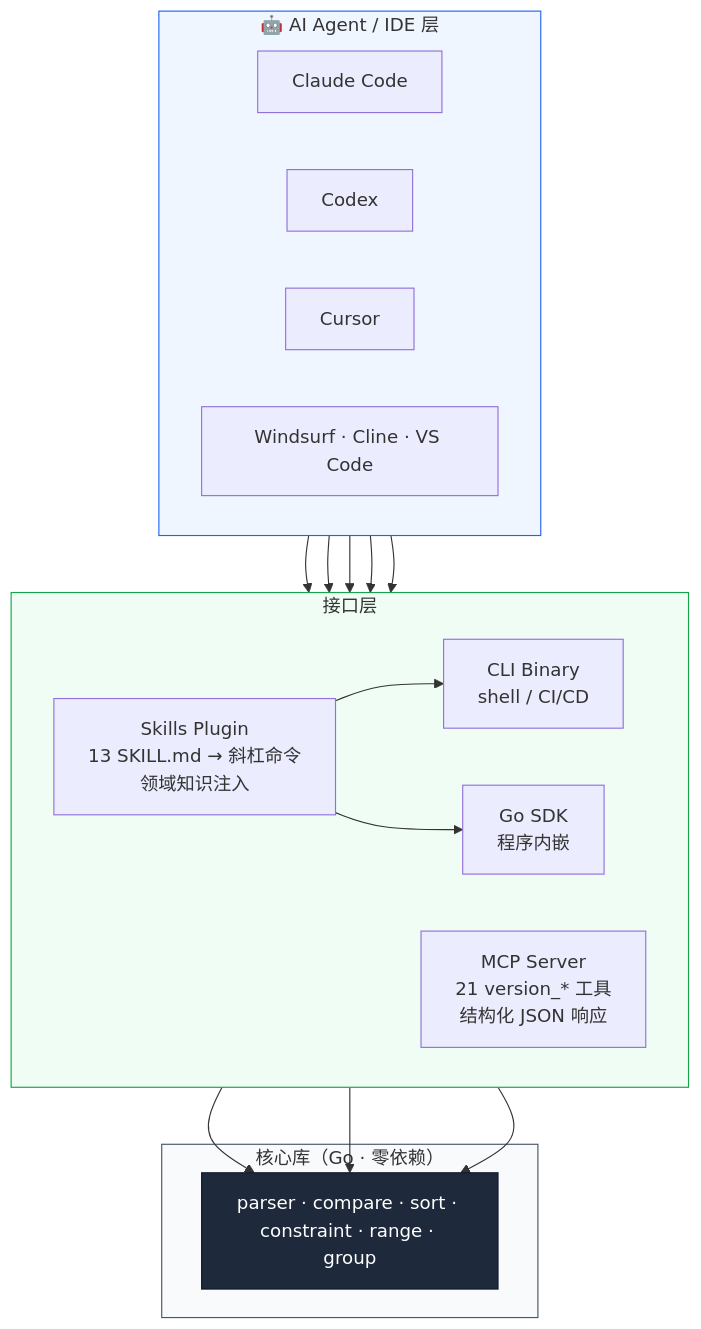
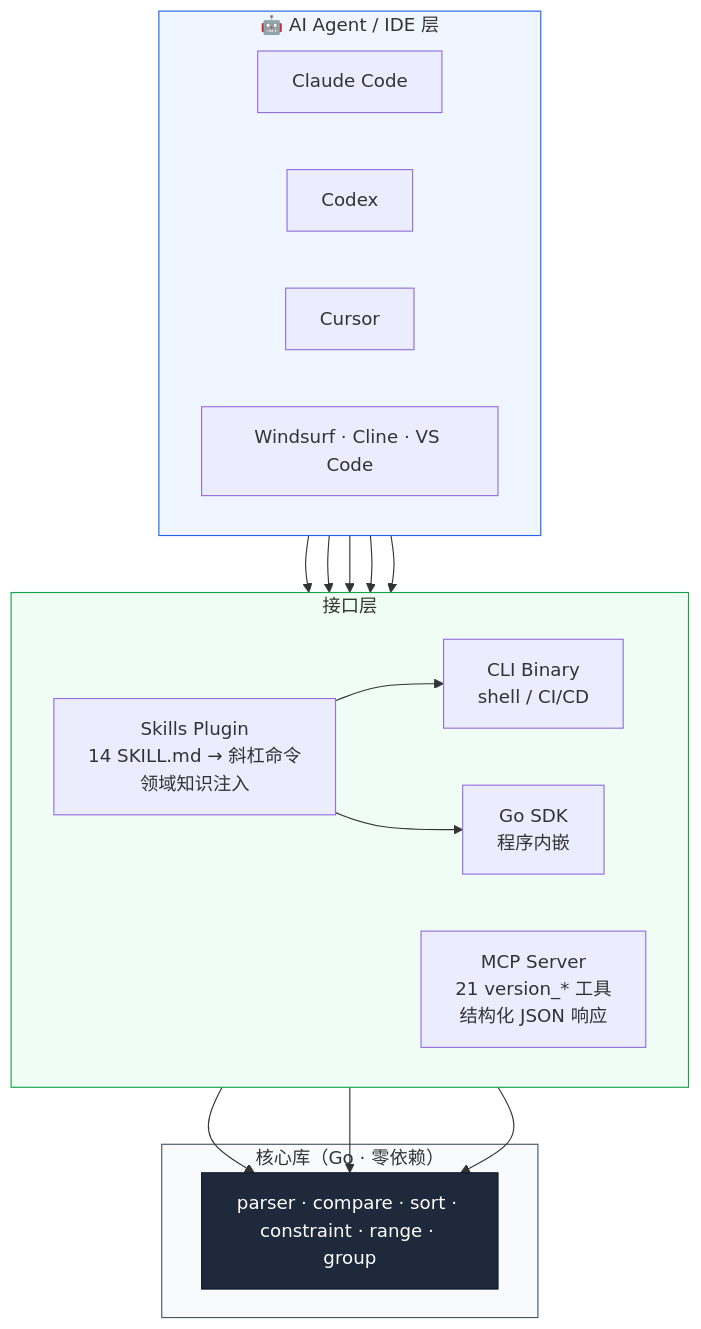
One commit to scagogogo/versions-skills changed the first of 3 diagrams in website/how-it-works.md. Above: the diagram before and after it, drawn with Mermaid. The commit also changed other lines of this file and 7 other files, not shown here.

```diff
--- a/website/how-it-works.md
+++ b/website/how-it-works.md
@@ -7,34 +7,34 @@
 :::mermaid
 flowchart TB
   subgraph L1["🤖 AI Agent / IDE 层"]
     direction LR
     CC["Claude Code"]
     CX["Codex"]
     CUR["Cursor"]
     WS["Windsurf · Cline · VS Code"]
   end
   subgraph L2["接口层"]
     direction LR
-    SK["Skills Plugin<br/>13 SKILL.md → 斜杠命令<br/>领域知识注入"]
+    SK["Skills Plugin<br/>14 SKILL.md → 斜杠命令<br/>领域知识注入"]
     MCP["MCP Server<br/>21 version_* 工具<br/>结构化 JSON 响应"]
     CLI["CLI Binary<br/>shell / CI/CD"]
     SDK["Go SDK<br/>程序内嵌"]
   end
   subgraph L3["核心库（Go · 零依赖）"]
     CORE["parser · compare · sort · constraint · range · group"]
   end
   CC --> SK
   CC --> MCP
   CX --> MCP
   CUR --> MCP
   WS --> MCP
   SK --> CLI
   SK --> SDK
   MCP --> CORE
   CLI --> CORE
   SDK --> CORE
   style L1 fill:#eff6ff,stroke:#2563eb
   style L2 fill:#f0fdf4,stroke:#16a34a
   style L3 fill:#f8fafc,stroke:#475569
   style CORE fill:#1e293b,color:#fff,stroke:#0f172a
 :::
```
